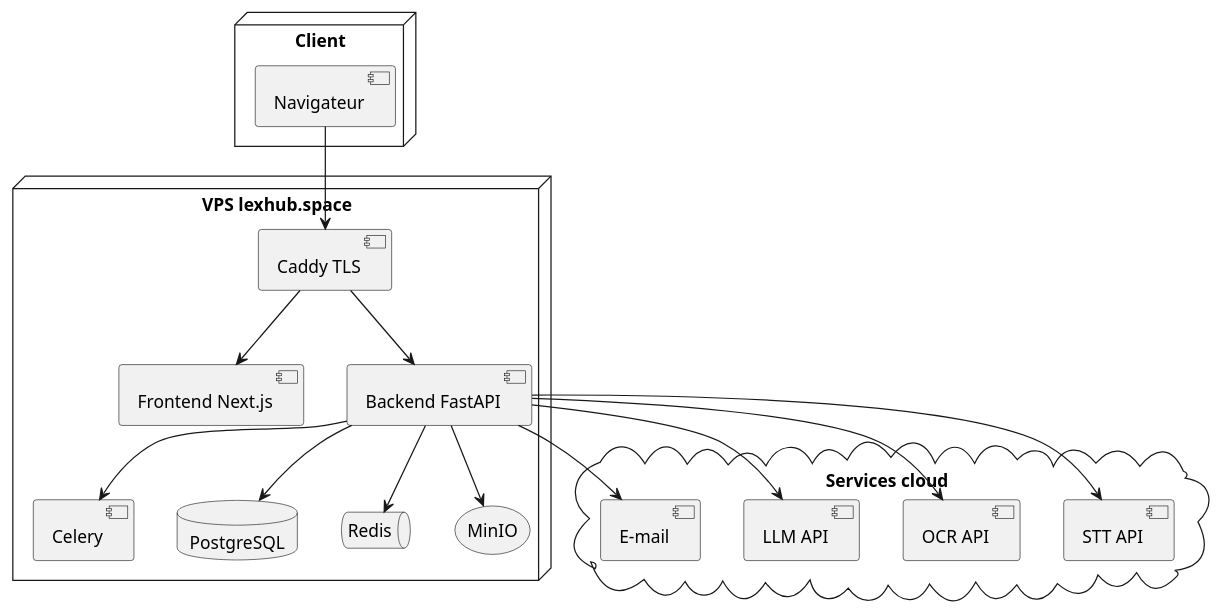
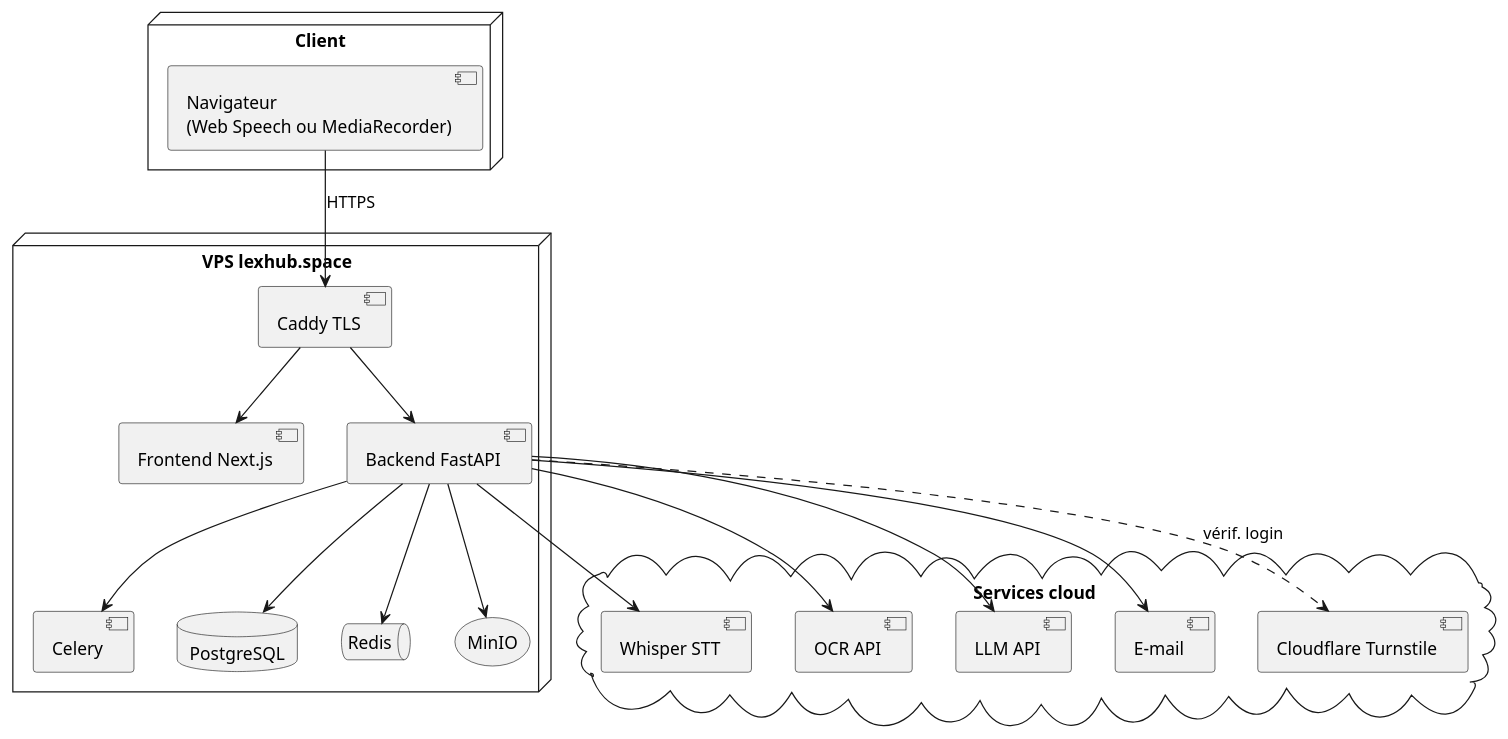
The diagram in docs/rapport-pfa/diagrams/deploy-lexhub.puml (anadouae/Plateforme-d-Assistance-en-IA-pour-Avocats), drawn with PlantUML before and after one commit. The commit also changed 240 other files, not shown here.

```diff
--- a/docs/rapport-pfa/diagrams/deploy-lexhub.puml
+++ b/docs/rapport-pfa/diagrams/deploy-lexhub.puml
@@ -1,32 +1,34 @@
 @startuml deploy-lexhub
 skinparam shadowing false
 node "Client" {
-  [Navigateur]
+  [Navigateur\n(Web Speech ou MediaRecorder)] as Nav
 }
 node "VPS lexhub.space" {
   [Caddy TLS] as Caddy
   [Frontend Next.js] as FE
   [Backend FastAPI] as BE
   [Celery] as CEL
   database PostgreSQL
   queue Redis
   storage MinIO
 }
 cloud "Services cloud" {
-  [STT API]
+  [Whisper STT]
   [OCR API]
   [LLM API]
   [E-mail]
+  [Cloudflare Turnstile]
 }
-[Navigateur] --> Caddy
+Nav --> Caddy : HTTPS
 Caddy --> FE
 Caddy --> BE
 BE --> PostgreSQL
 BE --> Redis
 BE --> MinIO
 BE --> CEL
-BE --> [STT API]
+BE --> [Whisper STT]
 BE --> [OCR API]
 BE --> [LLM API]
 BE --> [E-mail]
+BE ..> [Cloudflare Turnstile] : vérif. login
 @enduml
```
